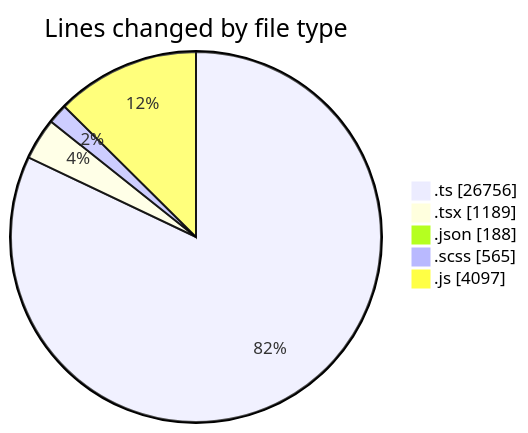
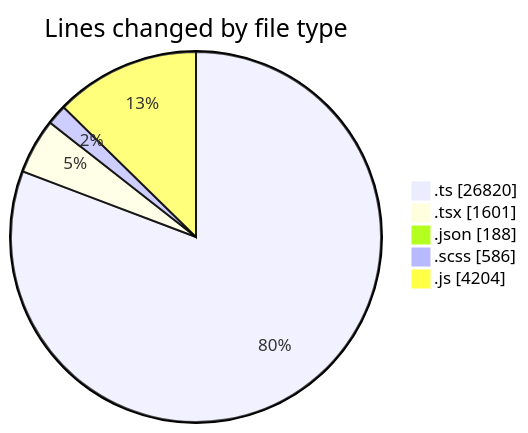
Before and after one commit to momahboobian/code-tracking: the first of 2 diagrams in 2026-05-07/cda/README.md, drawn with Mermaid. The commit also changed other lines of this file and 1 other file, not shown here.

````diff
--- a/2026-05-07/cda/README.md
+++ b/2026-05-07/cda/README.md
@@ -46,9 +46,9 @@
 ```mermaid
 pie showData
 title Lines changed by file type
-".ts" : 26756
-".tsx" : 1189
+".ts" : 26820
+".tsx" : 1601
 ".json" : 188
-".scss" : 565
-".js" : 4097
+".scss" : 586
+".js" : 4204
 ```
````
